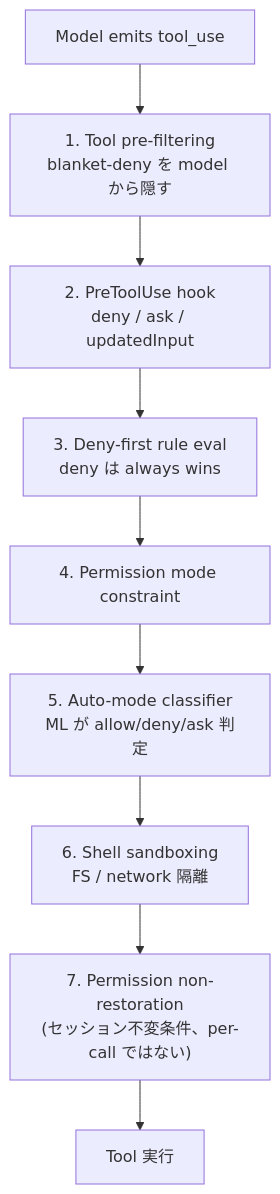
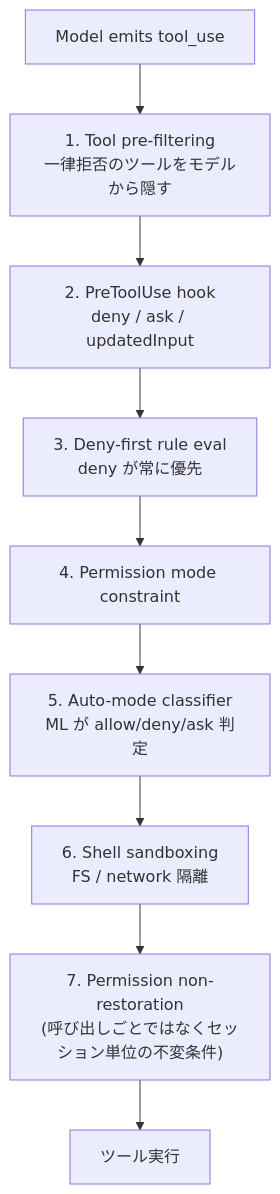
One commit to yoichiozaki/yoichiozaki.github.io changed the diagram in content/blog/ja/claude-code-design-space.mdx. Above: the diagram before and after it, drawn with Mermaid. The commit also changed other lines of this file and 116 other files, not shown here.

````diff
--- a/content/blog/ja/claude-code-design-space.mdx
+++ b/content/blog/ja/claude-code-design-space.mdx
@@ -134,11 +142,11 @@
 ```mermaid
 flowchart TD
-  M[Model emits tool_use] --> A["1. Tool pre-filtering<br/>blanket-deny を model から隠す"]
+  M[Model emits tool_use] --> A["1. Tool pre-filtering<br/>一律拒否のツールをモデルから隠す"]
   A --> B["2. PreToolUse hook<br/>deny / ask / updatedInput"]
-  B --> C["3. Deny-first rule eval<br/>deny は always wins"]
+  B --> C["3. Deny-first rule eval<br/>deny が常に優先"]
   C --> D["4. Permission mode constraint"]
   D --> E["5. Auto-mode classifier<br/>ML が allow/deny/ask 判定"]
   E --> F["6. Shell sandboxing<br/>FS / network 隔離"]
-  F --> G["7. Permission non-restoration<br/>(セッション不変条件、per-call ではない)"]
-  G --> X[Tool 実行]
+  F --> G["7. Permission non-restoration<br/>(呼び出しごとではなくセッション単位の不変条件)"]
+  G --> X[ツール実行]
 ```
````
